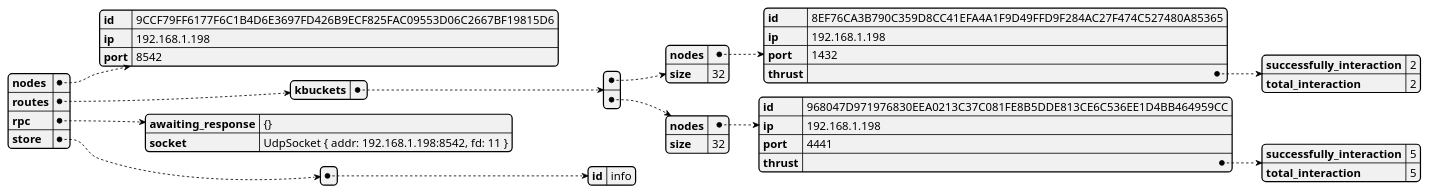
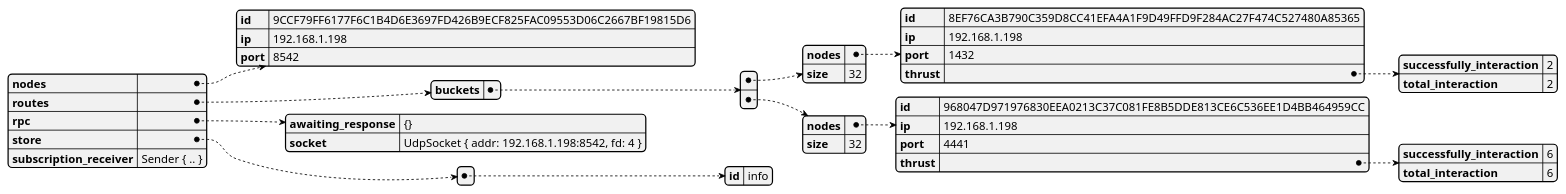
Before and after one commit to GoliathHagar/distributed_legder_kademlia: the diagram in src/distributed_legder/state_dumps/test-network-2.json.plantuml, drawn with PlantUML. The commit also changed 10 other files, not shown here.

```diff
--- a/src/distributed_legder/state_dumps/test-network-2.json.plantuml
+++ b/src/distributed_legder/state_dumps/test-network-2.json.plantuml
@@ -1,3 +1,3 @@
 @startjson
-{"nodes":{"id":"9CCF79FF6177F6C1B4D6E3697FD426B9ECF825FAC09553D06C2667BF19815D6","ip":"192.168.1.198","port":8542},"routes":{"kbuckets":[{"nodes":{"id":"8EF76CA3B790C359D8CC41EFA4A1F9D49FFD9F284AC27F474C527480A85365","ip":"192.168.1.198","port":1432,"thrust":{"successfully_interaction":2,"total_interaction":2}},"size":32},{"nodes":{"id":"968047D971976830EEA0213C37C081FE8B5DDE813CE6C536EE1D4BB464959CC","ip":"192.168.1.198","port":4441,"thrust":{"successfully_interaction":5,"total_interaction":5}},"size":32}]},"rpc":{"awaiting_response":"{}","socket":"UdpSocket { addr: 192.168.1.198:8542, fd: 11 }"},"store":[{"id":"info"}]}
+{"nodes":{"id":"9CCF79FF6177F6C1B4D6E3697FD426B9ECF825FAC09553D06C2667BF19815D6","ip":"192.168.1.198","port":8542},"routes":{"buckets":[{"nodes":{"id":"8EF76CA3B790C359D8CC41EFA4A1F9D49FFD9F284AC27F474C527480A85365","ip":"192.168.1.198","port":1432,"thrust":{"successfully_interaction":2,"total_interaction":2}},"size":32},{"nodes":{"id":"968047D971976830EEA0213C37C081FE8B5DDE813CE6C536EE1D4BB464959CC","ip":"192.168.1.198","port":4441,"thrust":{"successfully_interaction":6,"total_interaction":6}},"size":32}]},"rpc":{"awaiting_response":"{}","socket":"UdpSocket { addr: 192.168.1.198:8542, fd: 4 }"},"store":[{"id":"info"}],"subscription_receiver":"Sender { .. }"}
 @endjson
```
